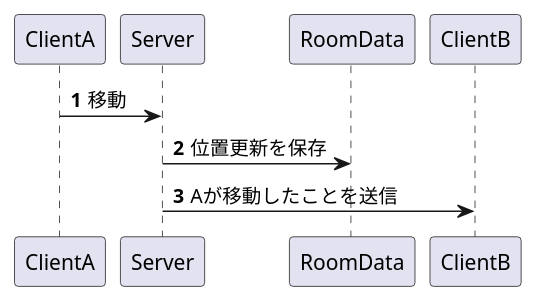
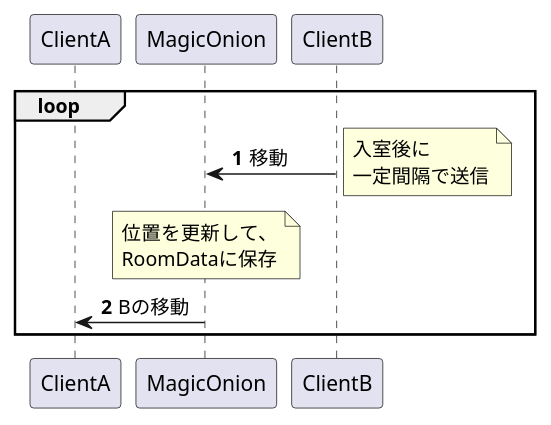
Before and after one commit to Bekomochi/RealTime-Repository: the diagram in Document/Move.puml, drawn with PlantUML. The commit also changed 7 other files, not shown here.

Commit message:
アニメーション同期、排他制御、水鉄砲同期のシーケンス図を追加。その他のシーケンス図の書式を訂正

```diff
--- a/Document/Move.puml
+++ b/Document/Move.puml
@@ -1,15 +1,19 @@
 @startuml
 'https://plantuml.com/sequence-diagram
 
 autonumber
 
 participant ClientA
-participant Server
-participant RoomData
+participant MagicOnion
 participant ClientB
 
-ClientA->Server:移動
-Server->RoomData:位置更新を保存
-ClientB<-Server:Aが移動したことを送信
+
+
+loop
+   ClientB->MagicOnion:移動
+   note right:入室後に\n一定間隔で送信
+   note over MagicOnion:位置を更新して、\nRoomDataに保存
+   ClientA<-MagicOnion:Bの移動
+end
 
 @enduml
```
